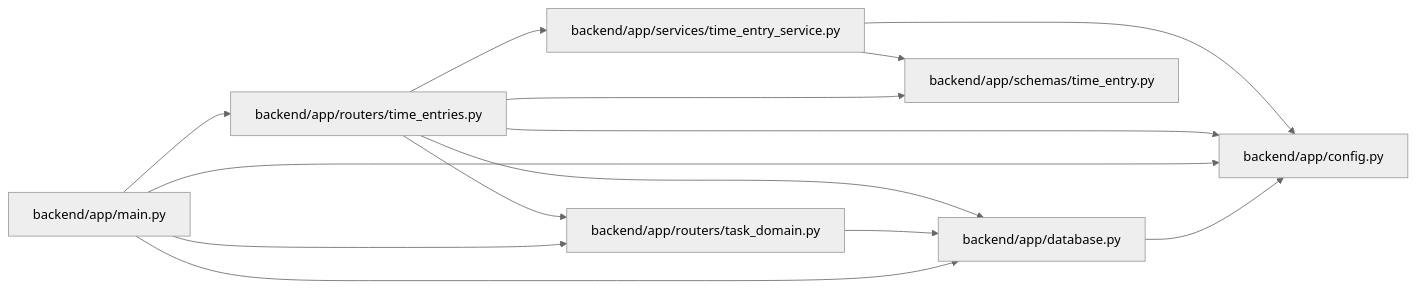
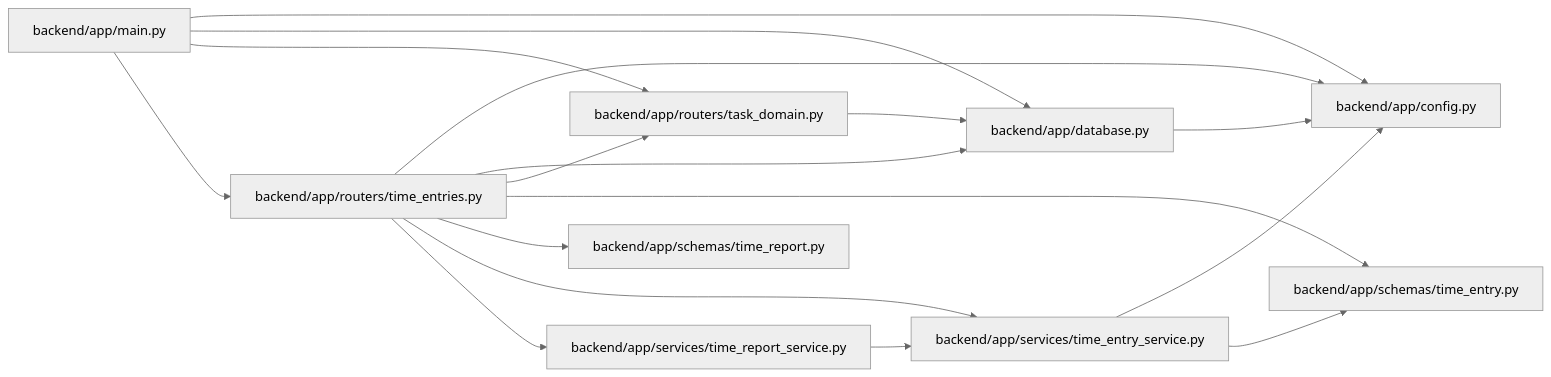
Before and after one commit to Denissvgn/WorkChord: the diagram in docs/llm_wiki/modules/time_entries.md, drawn with Mermaid (neutral theme). The commit also changed other lines of this file and 435 other files, not shown here.

Commit message:
docs(wiki): explain scoped time reports and protected entry workflows

````diff
--- a/docs/llm_wiki/modules/time_entries.md
+++ b/docs/llm_wiki/modules/time_entries.md
@@ -26,30 +29,37 @@
 ```mermaid
 flowchart LR
     n0["backend/app/config.py"]
     n1["backend/app/database.py"]
     n2["backend/app/main.py"]
     n3["backend/app/routers/task_domain.py"]
     n4["backend/app/routers/time_entries.py"]
     n5["backend/app/schemas/time_entry.py"]
-    n6["backend/app/services/time_entry_service.py"]
+    n6["backend/app/schemas/time_report.py"]
+    n7["backend/app/services/time_entry_service.py"]
+    n8["backend/app/services/time_report_service.py"]
     n1 --> n0
     n2 --> n0
     n2 --> n1
     n2 --> n3
     n2 --> n4
     n3 --> n1
     n4 --> n0
     n4 --> n1
     n4 --> n3
     n4 --> n5
     n4 --> n6
-    n6 --> n0
-    n6 --> n5
+    n4 --> n7
+    n4 --> n8
+    n7 --> n0
+    n7 --> n5
+    n8 --> n7
     click n0 "../modules/config.md"
     click n1 "../modules/app_database.md"
     click n2 "../modules/app_main.md"
     click n3 "../modules/routers_task_domain.md"
     click n4 "../modules/time_entries.md"
     click n5 "../modules/schemas_time_entry.md"
-    click n6 "../modules/time_entry_service.md"
+    click n6 "../modules/time_report.md"
+    click n7 "../modules/time_entry_service.md"
+    click n8 "../modules/time_report_service.md"
 ```
````
